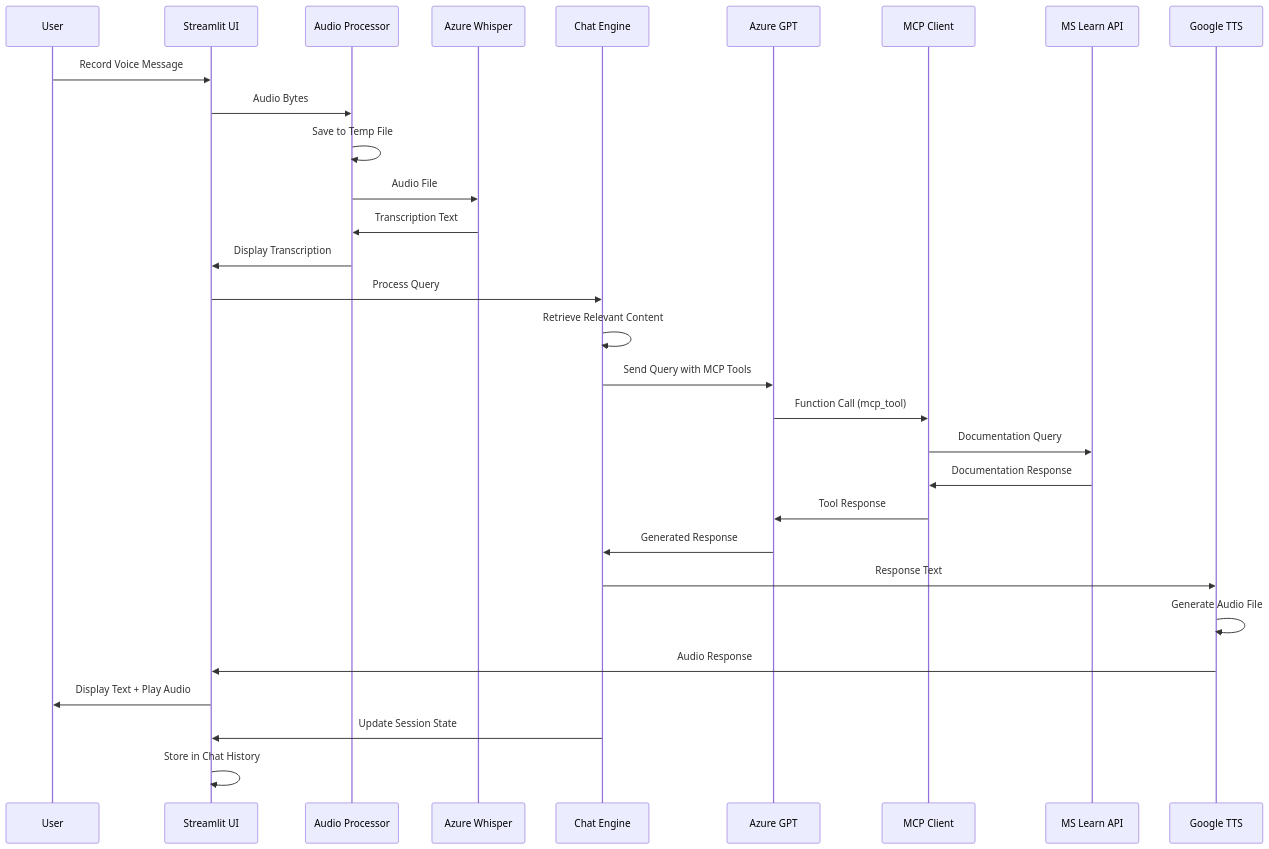
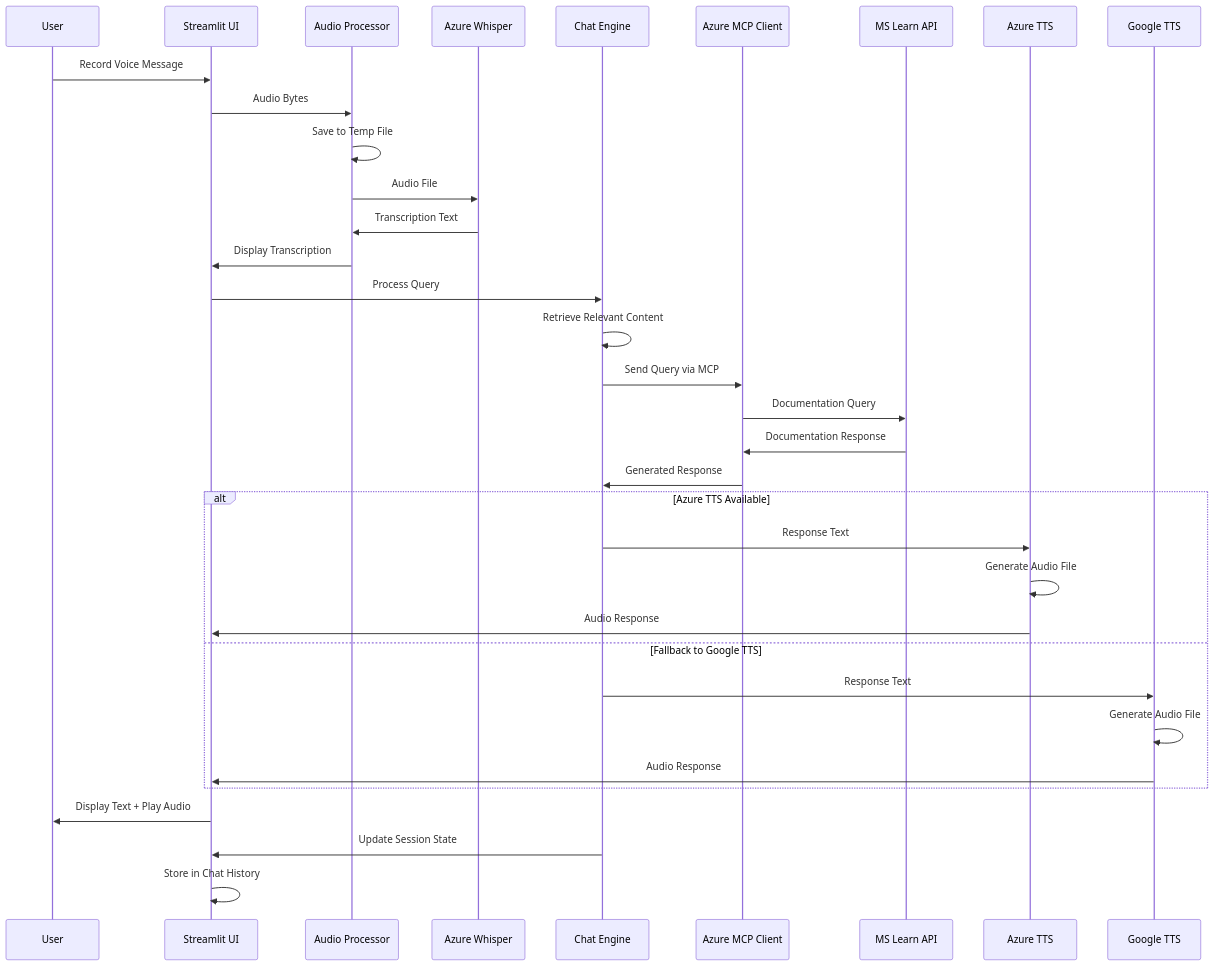
One commit to balakreshnan/mcpapp changed the third of 7 diagrams in ARCHITECTURE.md. Above: the diagram before and after it, drawn with Mermaid. The commit also changed other lines of this file and 5 other files, not shown here.

Commit message:
Update documentation to reflect new Azure OpenAI TTS and enhanced MCP integration

````diff
--- a/ARCHITECTURE.md
+++ b/ARCHITECTURE.md
@@ -126,36 +130,41 @@
 ```mermaid
 sequenceDiagram
     participant User
     participant Streamlit as Streamlit UI
     participant AudioProc as Audio Processor
     participant Whisper as Azure Whisper
     participant ChatEngine as Chat Engine
-    participant GPT as Azure GPT
-    participant MCP as MCP Client
+    participant MCPClient as Azure MCP Client
     participant MSLearn as MS Learn API
-    participant TTS as Google TTS
+    participant AzureTTS as Azure TTS
+    participant gTTS as Google TTS
     
     User->>Streamlit: Record Voice Message
     Streamlit->>AudioProc: Audio Bytes
     AudioProc->>AudioProc: Save to Temp File
     AudioProc->>Whisper: Audio File
     Whisper->>AudioProc: Transcription Text
     AudioProc->>Streamlit: Display Transcription
     
     Streamlit->>ChatEngine: Process Query
     ChatEngine->>ChatEngine: Retrieve Relevant Content
-    ChatEngine->>GPT: Send Query with MCP Tools
-    GPT->>MCP: Function Call (mcp_tool)
-    MCP->>MSLearn: Documentation Query
-    MSLearn->>MCP: Documentation Response
-    MCP->>GPT: Tool Response
-    GPT->>ChatEngine: Generated Response
+    ChatEngine->>MCPClient: Send Query via MCP
+    MCPClient->>MSLearn: Documentation Query
+    MSLearn->>MCPClient: Documentation Response
+    MCPClient->>ChatEngine: Generated Response
     
-    ChatEngine->>TTS: Response Text
-    TTS->>TTS: Generate Audio File
-    TTS->>Streamlit: Audio Response
+    alt Azure TTS Available
+        ChatEngine->>AzureTTS: Response Text
+        AzureTTS->>AzureTTS: Generate Audio File
+        AzureTTS->>Streamlit: Audio Response
+    else Fallback to Google TTS
+        ChatEngine->>gTTS: Response Text
+        gTTS->>gTTS: Generate Audio File
+        gTTS->>Streamlit: Audio Response
+    end
+    
     Streamlit->>User: Display Text + Play Audio
     
     ChatEngine->>Streamlit: Update Session State
     Streamlit->>Streamlit: Store in Chat History
 ```
````
